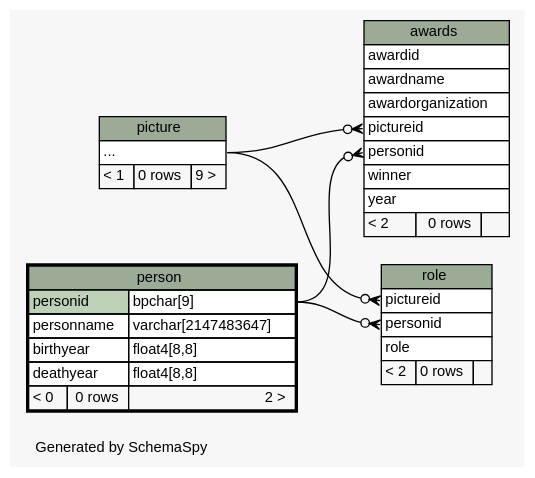
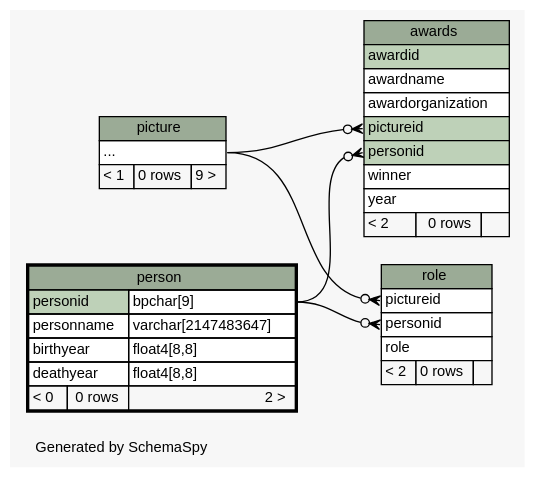
Before and after one commit to sipian/CS3563-DBMS: the diagram in populating-tables/schemaspy/diagrams/person.2degrees.dot, drawn with Graphviz. The commit also changed 66 other files, not shown here.

Commit message:
add diagram for latest schema

```diff
--- a/populating-tables/schemaspy/diagrams/person.2degrees.dot
+++ b/populating-tables/schemaspy/diagrams/person.2degrees.dot
@@ -1,77 +1,77 @@
 // dot 2.38.0 on Linux 4.13.0-32-generic
 // SchemaSpy rev 590
 digraph "twoDegreesRelationshipsDiagram" {
   graph [
     rankdir="RL"
     bgcolor="#f7f7f7"
     label="\nGenerated by SchemaSpy"
     labeljust="l"
     nodesep="0.18"
     ranksep="0.46"
     fontname="Helvetica"
     fontsize="11"
   ];
   node [
     fontname="Helvetica"
     fontsize="11"
     shape="plaintext"
   ];
   edge [
     arrowsize="0.8"
   ];
   "awards":"personid":w -> "person":"personid.type":e [arrowhead=none dir=back arrowtail=crowodot];
   "awards":"pictureid":w -> "picture":"elipses":e [arrowhead=none dir=back arrowtail=crowodot];
   "role":"personid":w -> "person":"personid.type":e [arrowhead=none dir=back arrowtail=crowodot];
   "role":"pictureid":w -> "picture":"elipses":e [arrowhead=none dir=back arrowtail=crowodot];
   "awards" [
     label=<
     <TABLE BORDER="0" CELLBORDER="1" CELLSPACING="0" BGCOLOR="#ffffff">
       <TR><TD COLSPAN="3" BGCOLOR="#9bab96" ALIGN="CENTER">awards</TD></TR>
-      <TR><TD PORT="awardid" COLSPAN="3" ALIGN="LEFT">awardid</TD></TR>
+      <TR><TD PORT="awardid" COLSPAN="3" BGCOLOR="#bed1b8" ALIGN="LEFT">awardid</TD></TR>
       <TR><TD PORT="awardname" COLSPAN="3" ALIGN="LEFT">awardname</TD></TR>
       <TR><TD PORT="awardorganization" COLSPAN="3" ALIGN="LEFT">awardorganization</TD></TR>
-      <TR><TD PORT="pictureid" COLSPAN="3" ALIGN="LEFT">pictureid</TD></TR>
-      <TR><TD PORT="personid" COLSPAN="3" ALIGN="LEFT">personid</TD></TR>
+      <TR><TD PORT="pictureid" COLSPAN="3" BGCOLOR="#bed1b8" ALIGN="LEFT">pictureid</TD></TR>
+      <TR><TD PORT="personid" COLSPAN="3" BGCOLOR="#bed1b8" ALIGN="LEFT">personid</TD></TR>
       <TR><TD PORT="winner" COLSPAN="3" ALIGN="LEFT">winner</TD></TR>
       <TR><TD PORT="year" COLSPAN="3" ALIGN="LEFT">year</TD></TR>
       <TR><TD ALIGN="LEFT" BGCOLOR="#f7f7f7">&lt; 2</TD><TD ALIGN="RIGHT" BGCOLOR="#f7f7f7">0 rows</TD><TD ALIGN="RIGHT" BGCOLOR="#f7f7f7">  </TD></TR>
     </TABLE>>
     URL="awards.html"
     tooltip="awards"
   ];
   "person" [
     label=<
     <TABLE BORDER="2" CELLBORDER="1" CELLSPACING="0" BGCOLOR="#ffffff">
       <TR><TD COLSPAN="3" BGCOLOR="#9bab96" ALIGN="CENTER">person</TD></TR>
       <TR><TD PORT="personid" COLSPAN="2" BGCOLOR="#bed1b8" ALIGN="LEFT">personid</TD><TD PORT="personid.type" ALIGN="LEFT">bpchar[9]</TD></TR>
       <TR><TD PORT="personname" COLSPAN="2" ALIGN="LEFT">personname</TD><TD PORT="personname.type" ALIGN="LEFT">varchar[2147483647]</TD></TR>
       <TR><TD PORT="birthyear" COLSPAN="2" ALIGN="LEFT">birthyear</TD><TD PORT="birthyear.type" ALIGN="LEFT">float4[8,8]</TD></TR>
       <TR><TD PORT="deathyear" COLSPAN="2" ALIGN="LEFT">deathyear</TD><TD PORT="deathyear.type" ALIGN="LEFT">float4[8,8]</TD></TR>
       <TR><TD ALIGN="LEFT" BGCOLOR="#f7f7f7">&lt; 0</TD><TD ALIGN="RIGHT" BGCOLOR="#f7f7f7">0 rows</TD><TD ALIGN="RIGHT" BGCOLOR="#f7f7f7">2 &gt;</TD></TR>
     </TABLE>>
     URL="person.html"
     tooltip="person"
   ];
   "picture" [
     label=<
     <TABLE BORDER="0" CELLBORDER="1" CELLSPACING="0" BGCOLOR="#ffffff">
       <TR><TD COLSPAN="3" BGCOLOR="#9bab96" ALIGN="CENTER">picture</TD></TR>
       <TR><TD PORT="elipses" COLSPAN="3" ALIGN="LEFT">...</TD></TR>
       <TR><TD ALIGN="LEFT" BGCOLOR="#f7f7f7">&lt; 1</TD><TD ALIGN="RIGHT" BGCOLOR="#f7f7f7">0 rows</TD><TD ALIGN="RIGHT" BGCOLOR="#f7f7f7">9 &gt;</TD></TR>
     </TABLE>>
     URL="picture.html"
     tooltip="picture"
   ];
   "role" [
     label=<
     <TABLE BORDER="0" CELLBORDER="1" CELLSPACING="0" BGCOLOR="#ffffff">
       <TR><TD COLSPAN="3" BGCOLOR="#9bab96" ALIGN="CENTER">role</TD></TR>
       <TR><TD PORT="pictureid" COLSPAN="3" ALIGN="LEFT">pictureid</TD></TR>
       <TR><TD PORT="personid" COLSPAN="3" ALIGN="LEFT">personid</TD></TR>
       <TR><TD PORT="role" COLSPAN="3" ALIGN="LEFT">role</TD></TR>
       <TR><TD ALIGN="LEFT" BGCOLOR="#f7f7f7">&lt; 2</TD><TD ALIGN="RIGHT" BGCOLOR="#f7f7f7">0 rows</TD><TD ALIGN="RIGHT" BGCOLOR="#f7f7f7">  </TD></TR>
     </TABLE>>
     URL="role.html"
     tooltip="role"
   ];
 }
```
